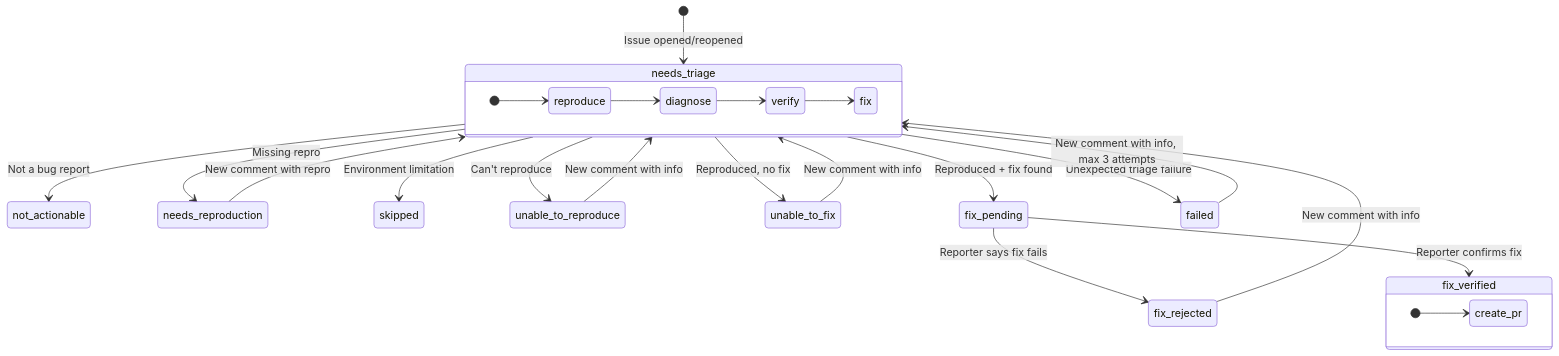
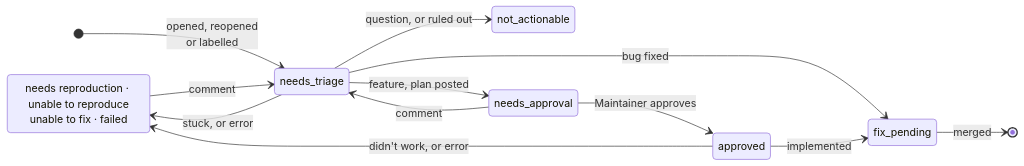
Before and after one commit to jakob1379/gitlab-triagebot-action: the diagram in README.md, drawn with Mermaid. The commit also changed other lines of this file and 50 other files, not shown here.

First line of the commit message:
feat!: approval-gated triage with an isolated Flue agent

````diff
--- a/README.md
+++ b/README.md
@@ -21,34 +11,16 @@
 ```mermaid
 stateDiagram-v2
-    [*] --> needs_triage: Issue opened/reopened
-
-    needs_triage --> not_actionable: Not a bug report
-    needs_triage --> needs_reproduction: Missing repro
-    needs_triage --> skipped: Environment limitation
-    needs_triage --> unable_to_reproduce: Can't reproduce
-    needs_triage --> unable_to_fix: Reproduced, no fix
-    needs_triage --> fix_pending: Reproduced + fix found
-    needs_triage --> failed: Unexpected triage failure
-
-    fix_pending --> fix_verified: Reporter confirms fix
-    fix_pending --> fix_rejected: Reporter says fix fails
-
-    needs_reproduction --> needs_triage: New comment with repro
-    unable_to_reproduce --> needs_triage: New comment with info
-    unable_to_fix --> needs_triage: New comment with info
-    failed --> needs_triage: New comment with info, max 3 attempts
-    fix_rejected --> needs_triage: New comment with info
-
-    state needs_triage {
-        direction LR
-        [*] --> reproduce
-        reproduce --> diagnose
-        diagnose --> verify
-        verify --> fix
-    }
-
-    state fix_verified {
-        direction LR
-        [*] --> create_pr
-    }
+    direction LR
+    state "needs reproduction · unable to reproduce<br/>unable to fix · failed" as waiting
+    [*] --> needs_triage: opened, reopened<br/>or labelled
+    needs_triage --> not_actionable: question, or ruled out
+    needs_triage --> fix_pending: bug fixed
+    needs_triage --> waiting: stuck, or error
+    waiting --> needs_triage: comment
+    needs_triage --> needs_approval: feature, plan posted
+    needs_approval --> needs_triage: comment
+    needs_approval --> approved: Maintainer approves
+    approved --> fix_pending: implemented
+    approved --> waiting: didn't work, or error
+    fix_pending --> [*]: merged
 ```
````
